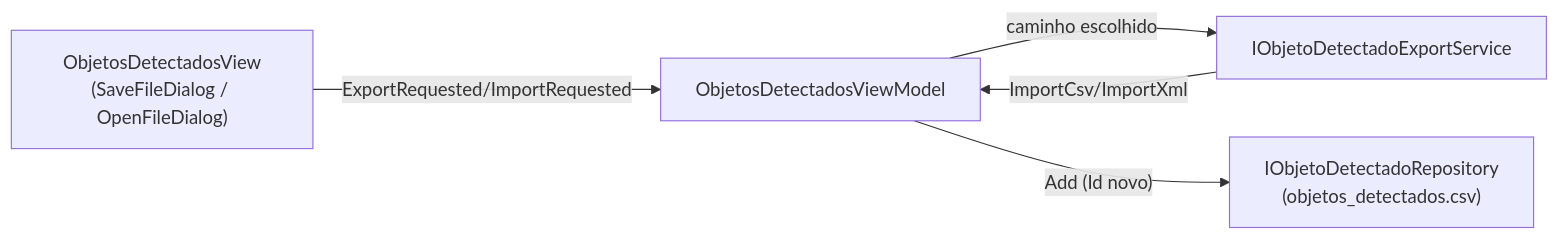
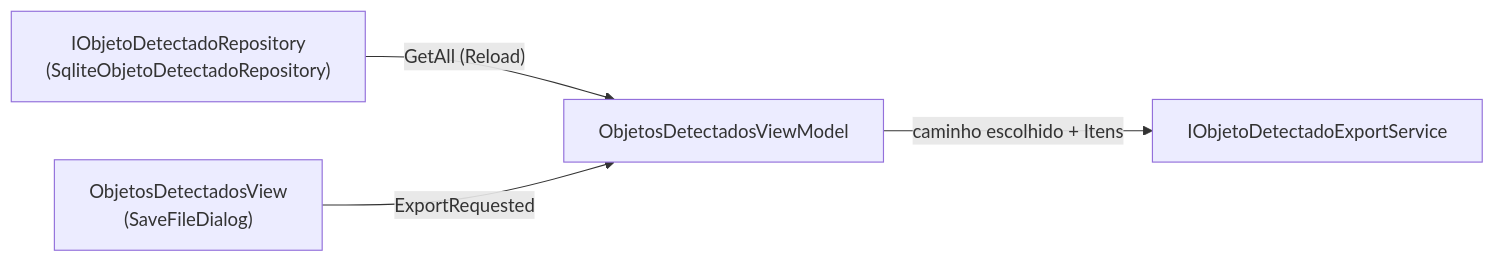
Before and after one commit to Matheus-Emanoel-Souza/Sistema_Rastreamento_Alvos_Arduino: the sixth of 6 diagrams in Docs/Tecnica/ARQUITETURA.md, drawn with Mermaid. The commit also changed other lines of this file and 14 other files, not shown here.

````diff
--- a/Docs/Tecnica/ARQUITETURA.md
+++ b/Docs/Tecnica/ARQUITETURA.md
@@ -249,12 +261,11 @@
 ```mermaid
 flowchart LR
     VM["ObjetosDetectadosViewModel"]
     SVC["IObjetoDetectadoExportService"]
-    REPO["IObjetoDetectadoRepository\n(objetos_detectados.csv)"]
-    VIEW["ObjetosDetectadosView\n(SaveFileDialog / OpenFileDialog)"]
+    REPO["IObjetoDetectadoRepository\n(SqliteObjetoDetectadoRepository)"]
+    VIEW["ObjetosDetectadosView\n(SaveFileDialog)"]
 
-    VIEW -- "ExportRequested/ImportRequested" --> VM
-    VM -- "caminho escolhido" --> SVC
-    SVC -- "ImportCsv/ImportXml" --> VM
-    VM -- "Add (Id novo)" --> REPO
+    REPO -- "GetAll (Reload)" --> VM
+    VIEW -- "ExportRequested" --> VM
+    VM -- "caminho escolhido + Itens" --> SVC
 ```
````
